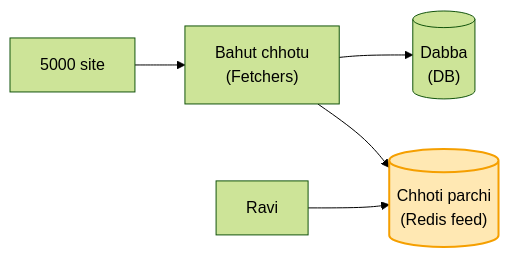
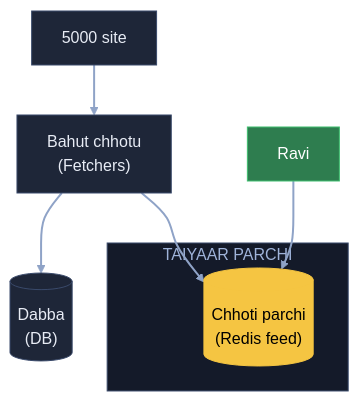
One commit to ArpanMaheshwari144/Prep changed the second of 11 diagrams in 04_HLD/SYSTEM_DESIGNS/08_news_aggregator/08_news_aggregator.md. Above: the diagram before and after it, drawn with Mermaid (forest theme). The commit also changed other lines of this file, not shown here.

Commit message:
News: 11 diagram YouTube (reel) wale card andaaz me

````diff
--- a/04_HLD/SYSTEM_DESIGNS/08_news_aggregator/08_news_aggregator.md
+++ b/04_HLD/SYSTEM_DESIGNS/08_news_aggregator/08_news_aggregator.md
@@ -48,8 +59,20 @@
 ```mermaid
-flowchart LR
-    S["5000 site"] --> C["Bahut chhotu<br/>(Fetchers)"]
-    C --> D[("Dabba<br/>(DB)")]
-    C --> P[("Chhoti parchi<br/>(Redis feed)")]
-    A["Ravi"] --> P
-    style P fill:#ffe8b3,stroke:#f59f00,stroke-width:2px,color:#000
+flowchart TB
+    S["5000 site"]:::card
+    C["Bahut chhotu<br/>(Fetchers)"]:::card
+    D[("Dabba<br/>(DB)")]:::card
+    subgraph TP["TAIYAAR PARCHI"]
+        P[("Chhoti parchi<br/>(Redis feed)")]:::pill
+    end
+    A["Ravi"]:::good
+    S --> C
+    C --> D
+    C --> P
+    A --> P
+    linkStyle default stroke:#8fa3c7,stroke-width:2px
+    classDef card fill:#1e2638,stroke:#3a4a6b,color:#e8ecf5
+    classDef pill fill:#f5c542,stroke:#f5c542,color:#000
+    classDef good fill:#2e7d4f,stroke:#3fbf6f,color:#fff
+    classDef bad fill:#5c1f24,stroke:#e05561,color:#fff
+    style TP fill:#141a29,stroke:#3a4a6b,color:#9fb3d9
 ```
````
